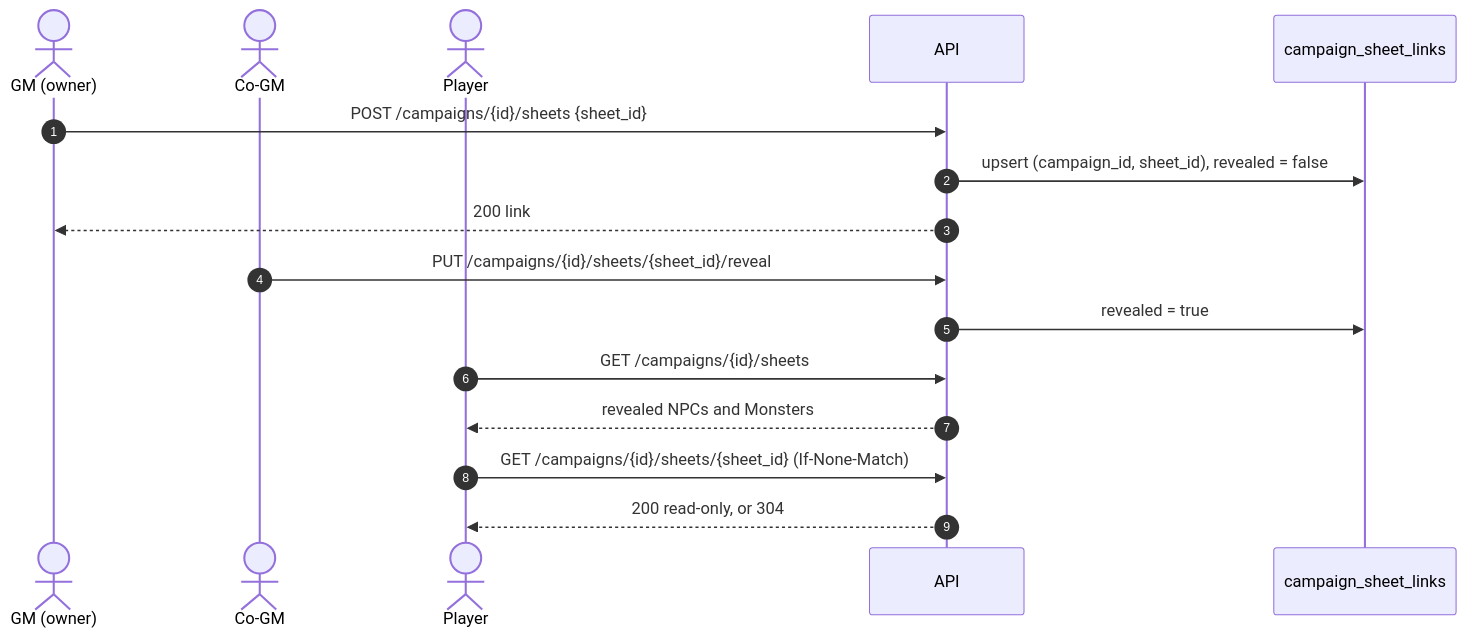
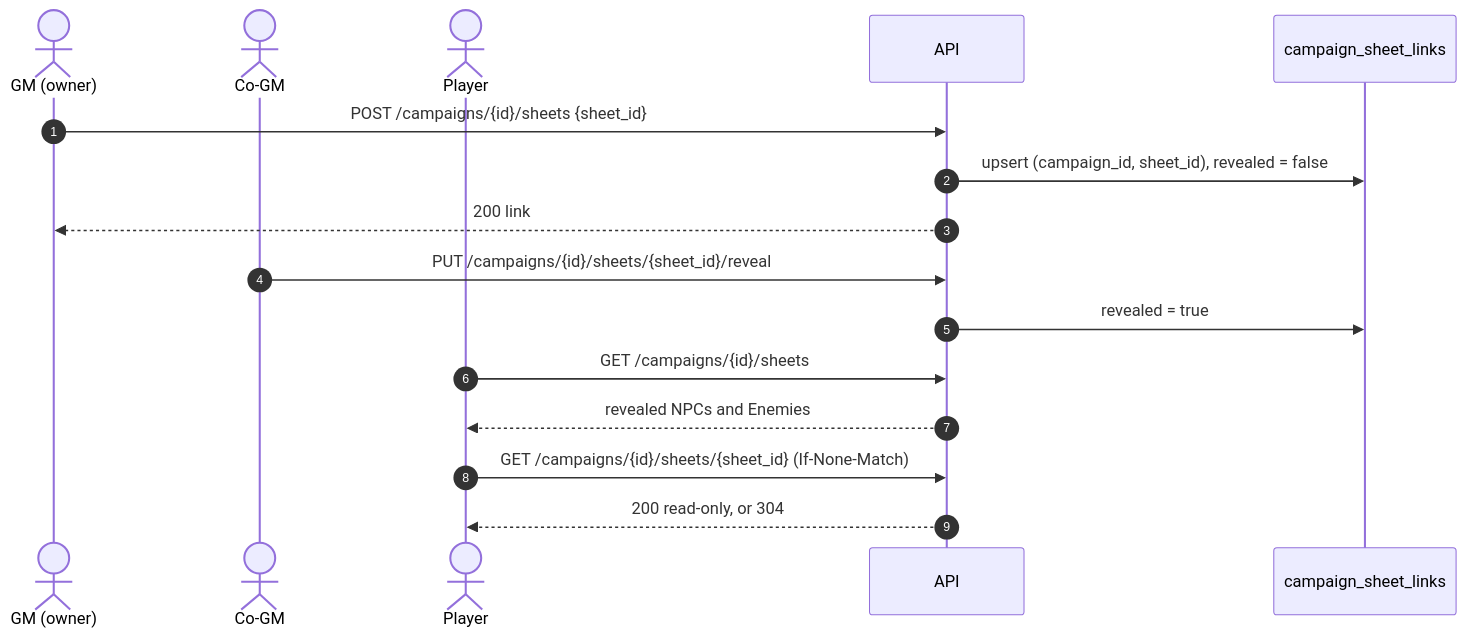
The eighth of 8 diagrams in docs/adr/0012-npc-and-monster-campaign-links-and-reveal.md (paulo-valleriote/legnaris), drawn with Mermaid before and after one commit. The commit also changed other lines of this file and 21 other files, not shown here.

````diff
--- a/docs/adr/0012-npc-and-monster-campaign-links-and-reveal.md
+++ b/docs/adr/0012-npc-and-monster-campaign-links-and-reveal.md
@@ -222,18 +224,18 @@
 ```mermaid
 sequenceDiagram
   autonumber
   actor G as GM (owner)
   actor H as Co-GM
   actor P as Player
   participant A as API
   participant L as campaign_sheet_links
   G->>A: POST /campaigns/{id}/sheets {sheet_id}
   A->>L: upsert (campaign_id, sheet_id), revealed = false
   A-->>G: 200 link
   H->>A: PUT /campaigns/{id}/sheets/{sheet_id}/reveal
   A->>L: revealed = true
   P->>A: GET /campaigns/{id}/sheets
-  A-->>P: revealed NPCs and Monsters
+  A-->>P: revealed NPCs and Enemies
   P->>A: GET /campaigns/{id}/sheets/{sheet_id} (If-None-Match)
   A-->>P: 200 read-only, or 304
 ```
````
